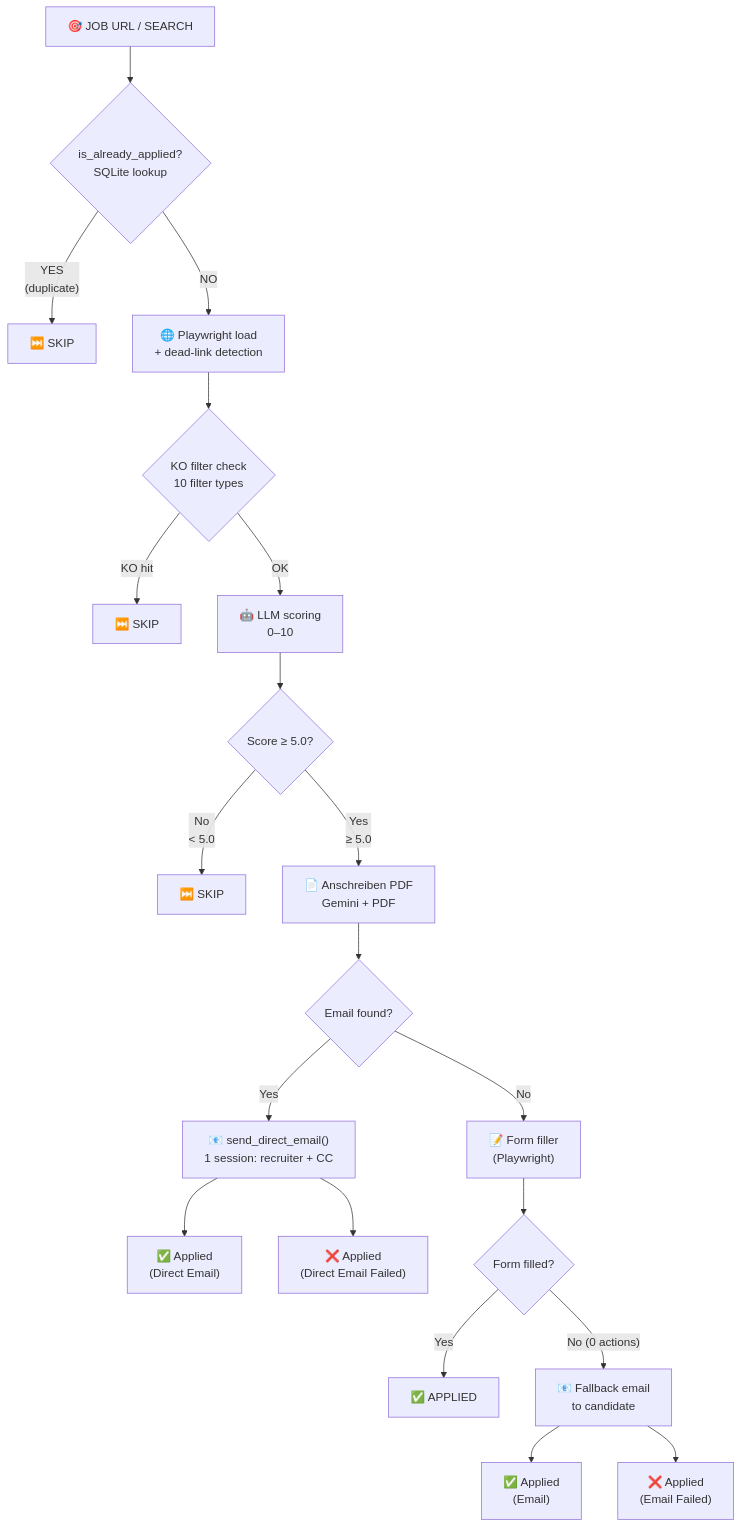
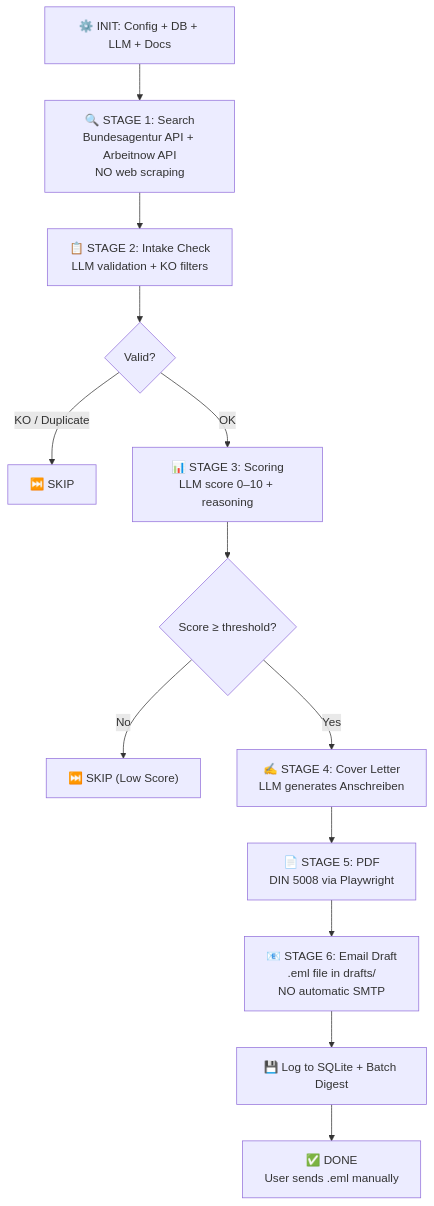
The diagram in README.md (chicagoist/AI-JobFinder), drawn with Mermaid before and after one commit. The commit also changed other lines of this file, not shown here.

Commit message:
docs: replace legacy workflow in README with GDPR-compliant 6-stage Pipeline workflow + LLM cascade + compliance map

````diff
--- a/README.md
+++ b/README.md
@@ -144,22 +173,16 @@
 ```mermaid
 flowchart TD
-    START["🎯 JOB URL / SEARCH"] --> CHECK{is_already_applied?<br/>SQLite lookup}
-    CHECK -- "YES<br/>(duplicate)" --> SKIP1["⏭️ SKIP"]
-    CHECK -- "NO" --> LOAD["🌐 Playwright load<br/>+ dead-link detection"]
-    LOAD --> KO{KO filter check<br/>10 filter types}
-    KO -- "KO hit" --> SKIP2["⏭️ SKIP"]
-    KO -- "OK" --> LLM["🤖 LLM scoring<br/>0–10"]
-    LLM --> SCORE{Score ≥ 5.0?}
-    SCORE -- "No<br/>&lt; 5.0" --> SKIP3["⏭️ SKIP"]
-    SCORE -- "Yes<br/>≥ 5.0" --> ANSCHREIBEN["📄 Anschreiben PDF<br/>Gemini + PDF"]
-    ANSCHREIBEN --> EMAIL{Email found?}
-    EMAIL -- "Yes" --> DIRECT["📧 send_direct_email()<br/>1 session: recruiter + CC"]
-    DIRECT --> DIR_OK["✅ Applied<br/>(Direct Email)"]
-    DIRECT --> DIR_FAIL["❌ Applied<br/>(Direct Email Failed)"]
-    EMAIL -- "No" --> FILLER["📝 Form filler<br/>(Playwright)"]
-    FILLER --> FILLED{Form filled?}
-    FILLED -- "Yes" --> APP["✅ APPLIED"]
-    FILLED -- "No (0 actions)" --> FALLBACK["📧 Fallback email<br/>to candidate"]
-    FALLBACK --> FB_OK["✅ Applied<br/>(Email)"]
-    FALLBACK --> FB_FAIL["❌ Applied<br/>(Email Failed)"]
+    INIT["⚙️ INIT: Config + DB + LLM + Docs"]
+    INIT --> SEARCH["🔍 STAGE 1: Search<br/>Bundesagentur API + Arbeitnow API<br/>NO web scraping"]
+    SEARCH --> INTAKE["📋 STAGE 2: Intake Check<br/>LLM validation + KO filters"]
+    INTAKE --> INT_KO{Valid?}
+    INT_KO -- "KO / Duplicate" --> SKIP1["⏭️ SKIP"]
+    INT_KO -- "OK" --> SCORE["📊 STAGE 3: Scoring<br/>LLM score 0–10 + reasoning"]
+    SCORE --> SC_OK{Score ≥ threshold?}
+    SC_OK -- "No" --> SKIP2["⏭️ SKIP (Low Score)"]
+    SC_OK -- "Yes" --> ANSCH["✍️ STAGE 4: Cover Letter<br/>LLM generates Anschreiben"]
+    ANSCH --> PDF["📄 STAGE 5: PDF<br/>DIN 5008 via Playwright"]
+    PDF --> DRAFT["📧 STAGE 6: Email Draft<br/>.eml file in drafts/<br/>NO automatic SMTP"]
+    DRAFT --> LOG["💾 Log to SQLite + Batch Digest"]
+    LOG --> DONE["✅ DONE<br/>User sends .eml manually"]
 ```
````
